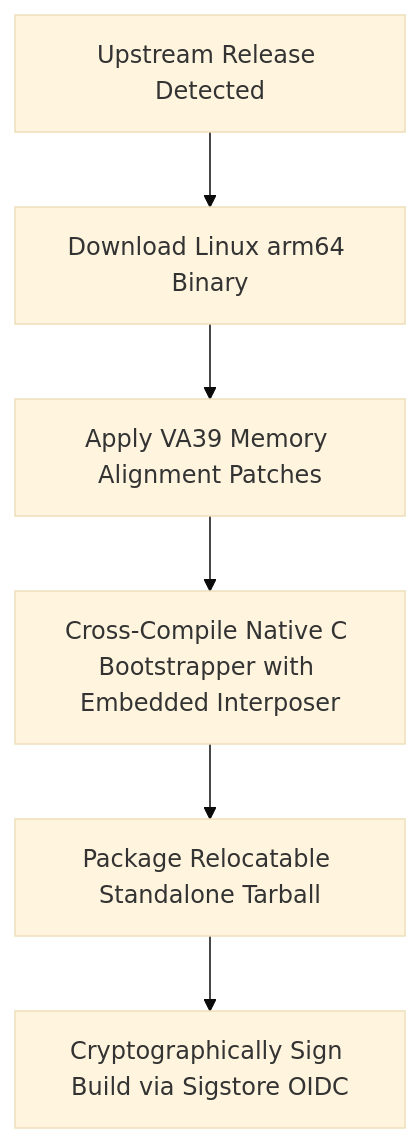
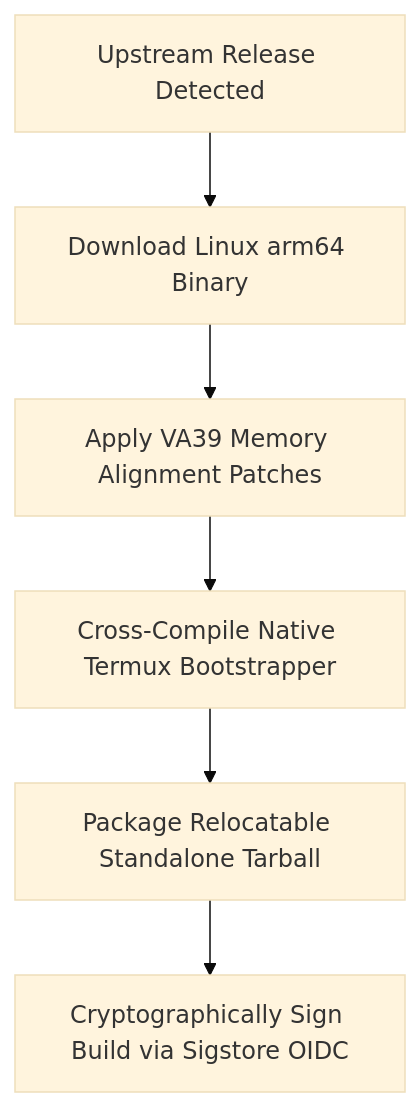
One commit to wallentx/antigravity-cli-termux changed the diagram in README.md. Above: the diagram before and after it, drawn with Mermaid (base theme). The commit also changed other lines of this file and 10 other files, not shown here.

````diff
--- a/README.md
+++ b/README.md
@@ -21,8 +21,8 @@
 ```mermaid
 graph TD
     A[Upstream Release Detected] --> B[Download Linux arm64 Binary]
     B --> C[Apply VA39 Memory Alignment Patches]
-    C --> D[Cross-Compile Native C Bootstrapper with Embedded Interposer]
+    C --> D[Cross-Compile Native Termux Bootstrapper]
     D --> E[Package Relocatable Standalone Tarball]
     E --> F[Cryptographically Sign Build via Sigstore OIDC]
 ```
````
